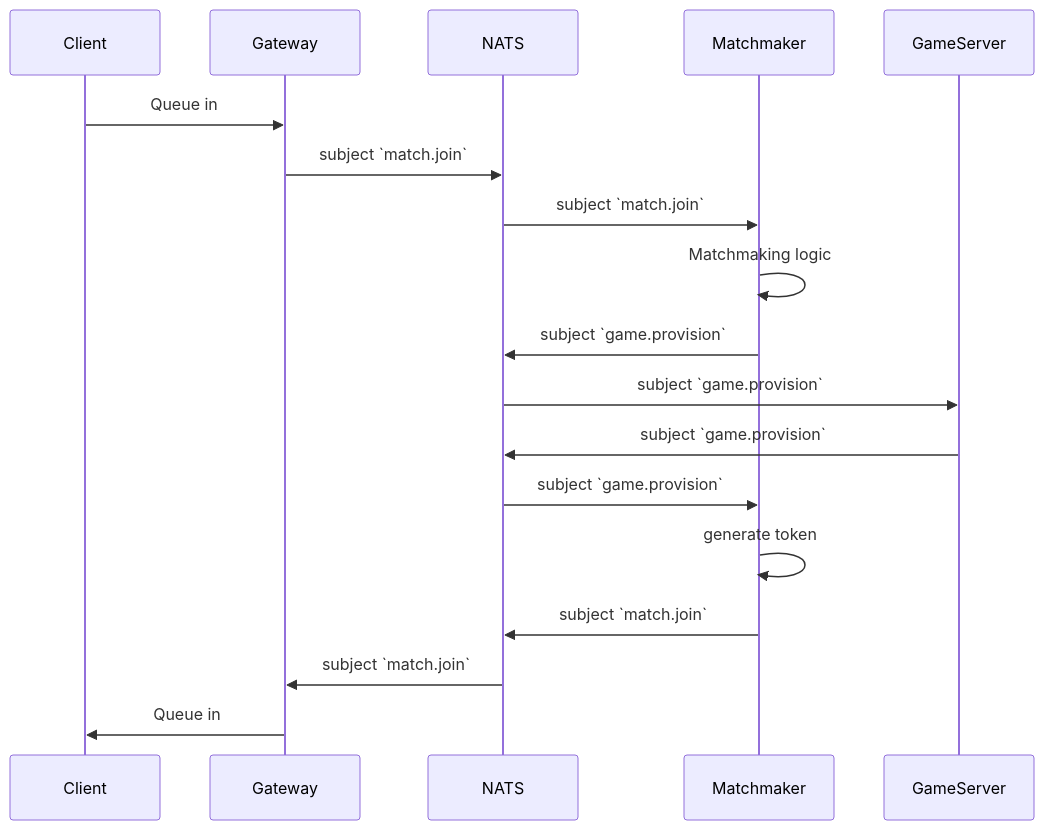
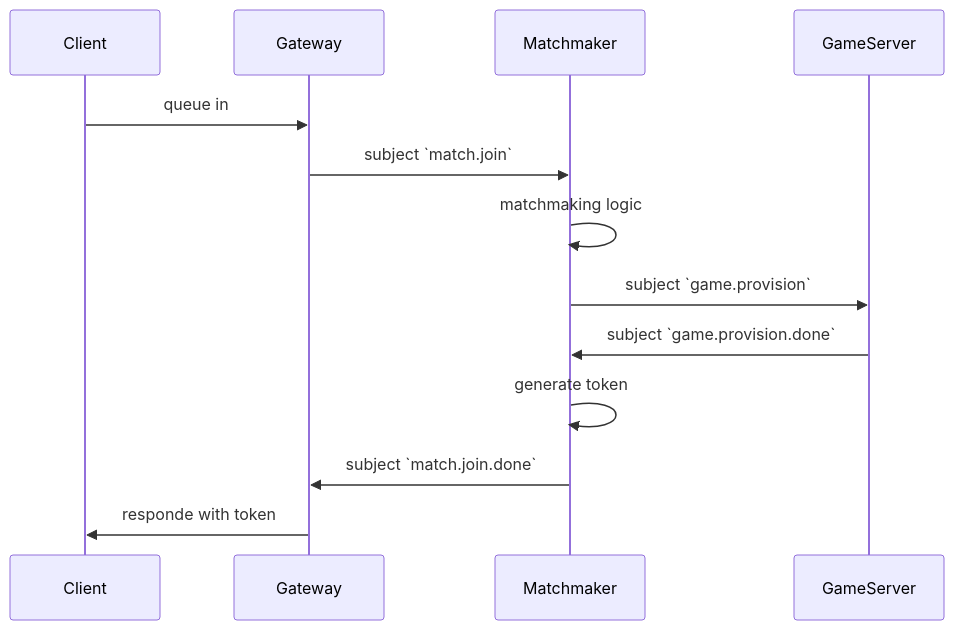
Before and after one commit to AlexFangSW/Typephoon-V2: the diagram in README.md, drawn with Mermaid. The commit also changed other lines of this file, not shown here.

````diff
--- a/README.md
+++ b/README.md
@@ -44,15 +50,11 @@
 ```mermaid
 sequenceDiagram
-    Client->>Gateway: Queue in
-    Gateway->>NATS: subject `match.join`
-    NATS->>Matchmaker: subject `match.join`
-    Matchmaker->>Matchmaker: Matchmaking logic
-    Matchmaker->>NATS: subject `game.provision`
-    NATS->>GameServer: subject `game.provision`
-    GameServer->>NATS: subject `game.provision`
-    NATS->>Matchmaker: subject `game.provision`
+    Client->>Gateway: queue in
+    Gateway->>Matchmaker: subject `match.join`
+    Matchmaker->>Matchmaker: matchmaking logic
+    Matchmaker->>GameServer: subject `game.provision`
+    GameServer->>Matchmaker: subject `game.provision.done`
     Matchmaker->>Matchmaker: generate token
-    Matchmaker->>NATS: subject `match.join`
-    NATS->>Gateway: subject `match.join`
-    Gateway->>Client: Queue in
+    Matchmaker->>Gateway: subject `match.join.done`
+    Gateway->>Client: responde with token
 ```
````
